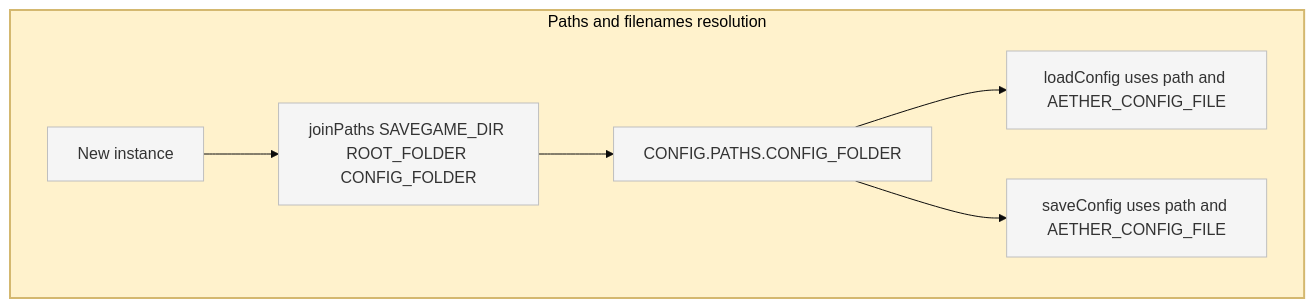
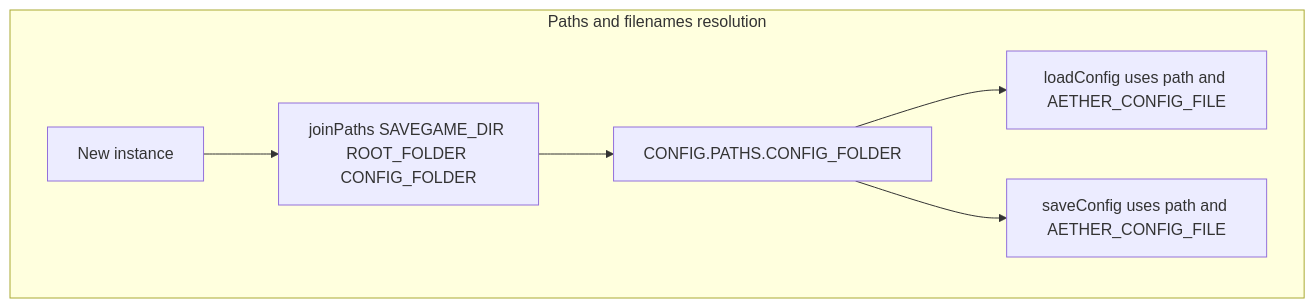
The third of 4 diagrams in docs/config/README.md (Gh0st352/AETHR), drawn with Mermaid before and after one commit. The commit also changed other lines of this file and 8 other files, not shown here.

First line of the commit message:
docs(config): standardize Mermaid themes and class names

````diff
--- a/docs/config/README.md
+++ b/docs/config/README.md
@@ -62,14 +62,12 @@
 ```mermaid
-%%{init: {"theme":"base", "themeVariables":{"primaryColor":"#f5f5f5"}}}%%
+%% shared theme: docs/_mermaid/theme.json %%
 flowchart TB
-  subgraph PATHS_FLOW [Paths and filenames resolution]
-    style PATHS_FLOW fill:#fff2cc,stroke:#d4b86f,stroke-width:2px
+  subgraph PATHS_FLOW["Paths and filenames resolution"]
     N[New instance] --> JP[joinPaths SAVEGAME_DIR ROOT_FOLDER CONFIG_FOLDER]
     JP --> CF[CONFIG.PATHS.CONFIG_FOLDER]
     CF --> L1[loadConfig uses path and AETHER_CONFIG_FILE]
     CF --> S1[saveConfig uses path and AETHER_CONFIG_FILE]
   end
 
-  classDef node fill:#f5f5f5,stroke:#bfbfbf
-  class N,JP,CF,L1,S1 node
+  class N,JP,CF,L1,S1 class_step;
 ```
````
